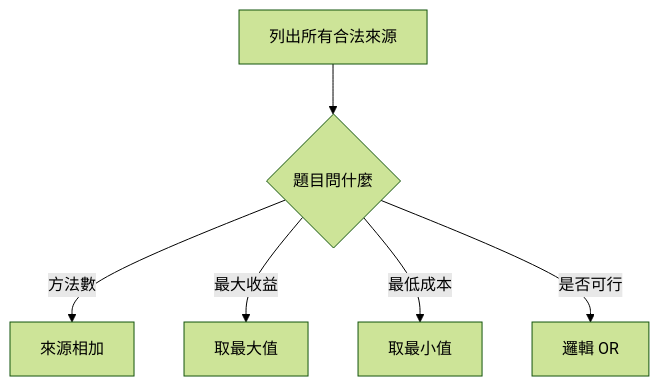
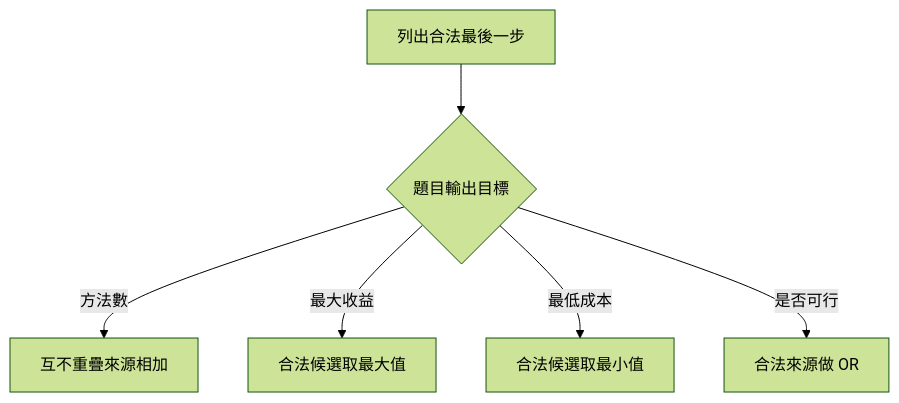
One commit to davidchen0970/algorithm_note changed the third of 4 diagrams in 09_dynamic_programming/38_one_dimensional_dp.md. Above: the diagram before and after it, drawn with Mermaid (forest theme). The commit also changed other lines of this file, not shown here.

````diff
--- a/09_dynamic_programming/38_one_dimensional_dp.md
+++ b/09_dynamic_programming/38_one_dimensional_dp.md
@@ -492,8 +453,8 @@
 ```mermaid
 flowchart TD
-    A["列出所有合法來源"] --> B{"題目問什麼"}
-    B -->|方法數| C["來源相加"]
-    B -->|最大收益| D["取最大值"]
-    B -->|最低成本| E["取最小值"]
-    B -->|是否可行| F["邏輯 OR"]
+    A["列出合法最後一步"] --> B{"題目輸出目標"}
+    B -->|方法數| C["互不重疊來源相加"]
+    B -->|最大收益| D["合法候選取最大值"]
+    B -->|最低成本| E["合法候選取最小值"]
+    B -->|是否可行| F["合法來源做 OR"]
 ```
````
